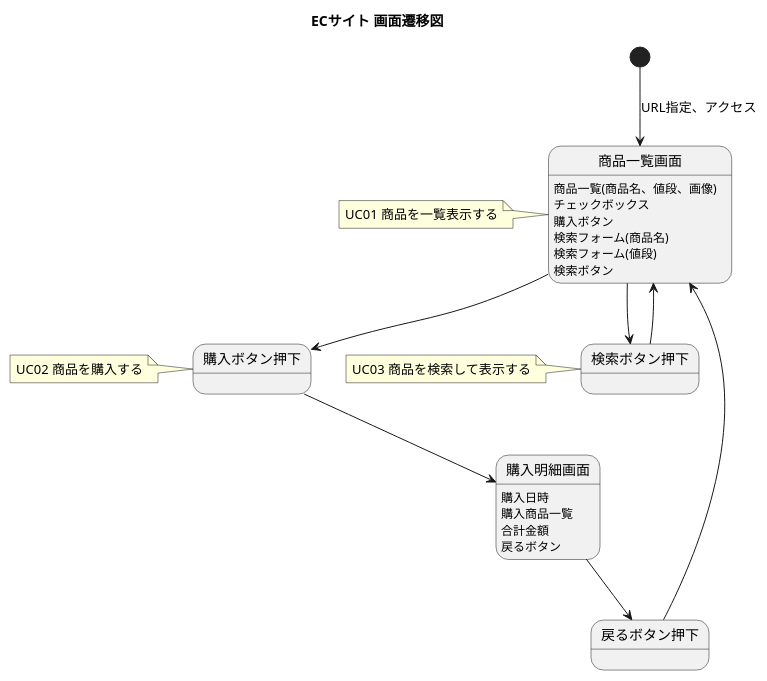
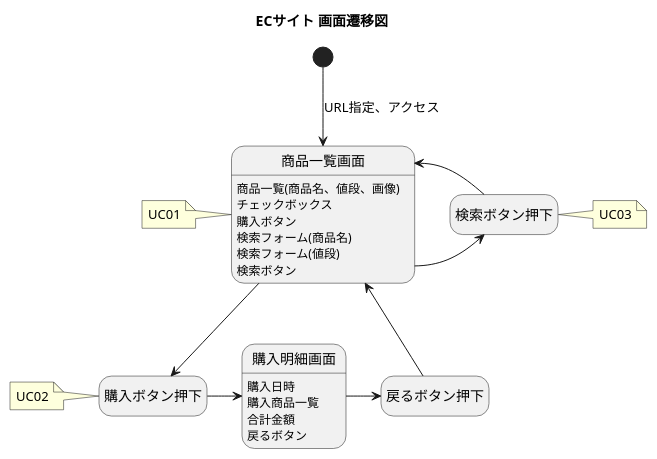
One commit to wnakayama/ojt_ecsite changed the diagram in UseCase/ScreenTransition.puml. Above: the diagram before and after it, drawn with PlantUML. The commit also changed 1 other file, not shown here.

```diff
--- a/UseCase/ScreenTransition.puml
+++ b/UseCase/ScreenTransition.puml
@@ -1,39 +1,41 @@
 @startuml
 title ECサイト 画面遷移図
+hide empty description
 
 [*] --> 商品一覧画面 : URL指定、アクセス 
 商品一覧画面 : 商品一覧(商品名、値段、画像)
 商品一覧画面 : チェックボックス
 商品一覧画面 : 購入ボタン
 商品一覧画面 : 検索フォーム(商品名)
 商品一覧画面 : 検索フォーム(値段)
 商品一覧画面 : 検索ボタン
 
 note left of 商品一覧画面
-UC01 商品を一覧表示する
+UC01
 end note
+
 
 商品一覧画面 --> 購入ボタン押下
 note left of 購入ボタン押下
-UC02 商品を購入する
+UC02
 end note
 
 ' 購入ボタン押下 --> 商品一覧画面 : エラー発生
 
 
-購入ボタン押下 --> 購入明細画面
+購入ボタン押下 -right-> 購入明細画面
 購入明細画面 : 購入日時
 購入明細画面 : 購入商品一覧
 購入明細画面 : 合計金額
 購入明細画面 : 戻るボタン
 
-購入明細画面 --> 戻るボタン押下
+購入明細画面 -right-> 戻るボタン押下
 戻るボタン押下 --> 商品一覧画面
 
-商品一覧画面 --> 検索ボタン押下
-検索ボタン押下 --> 商品一覧画面
-note left of 検索ボタン押下
-UC03 商品を検索して表示する
+商品一覧画面 -right-> 検索ボタン押下
+検索ボタン押下 -left-> 商品一覧画面
+note right of 検索ボタン押下
+UC03
 end note
 
 @enduml
```
